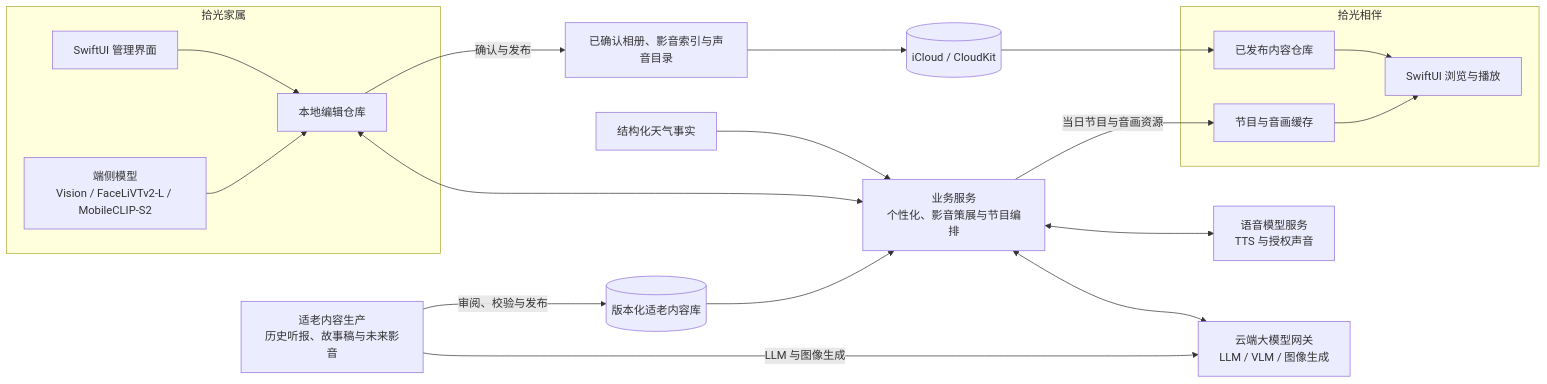
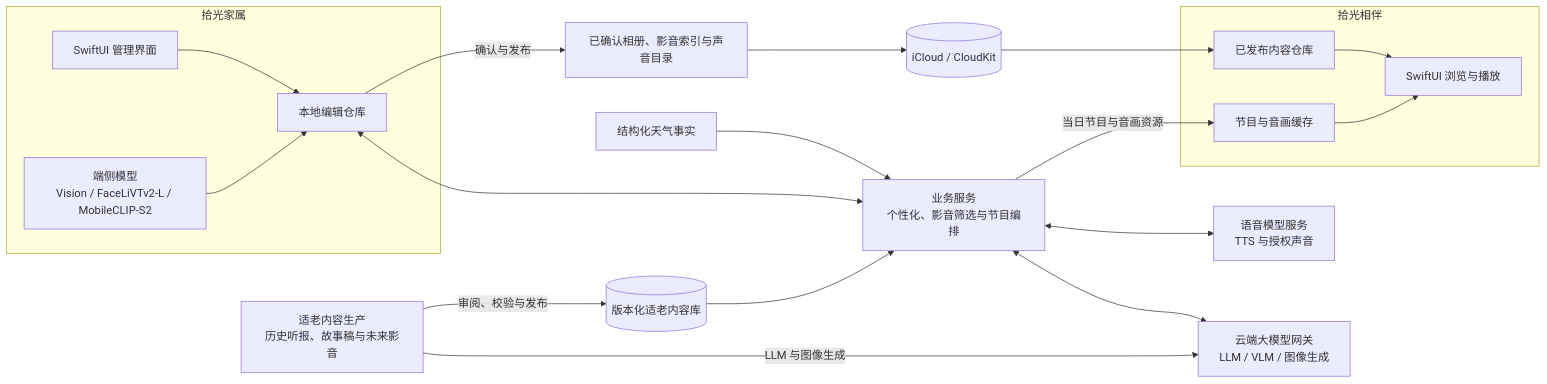
Before and after one commit to FlyLow24/ReLight: the second of 2 diagrams in README.md, drawn with Mermaid. The commit also changed other lines of this file and 1 other file, not shown here.

````diff
--- a/README.md
+++ b/README.md
@@ -146,39 +146,39 @@
 ```mermaid
 flowchart LR
     subgraph Organizer[拾光家属]
         OUI[SwiftUI 管理界面]
         Local[本地编辑仓库]
         DeviceAI[端侧模型<br/>Vision / FaceLiVTv2-L / MobileCLIP-S2]
         OUI --> Local
         DeviceAI --> Local
     end
 
-    Services[业务服务<br/>个性化、影音策展与节目编排]
+    Services[业务服务<br/>个性化、影音筛选与节目编排]
     ModelGateway[云端大模型网关<br/>LLM / VLM / 图像生成]
     SpeechModels[语音模型服务<br/>TTS 与授权声音]
     Published[已确认相册、影音索引与声音目录]
     Cloud[(iCloud / CloudKit)]
     Weather[结构化天气事实]
     ContentFactory[适老内容生产<br/>历史听报、故事稿与未来影音]
     ContentLibrary[(版本化适老内容库)]
 
     subgraph LovedOne[拾光相伴]
         Synced[已发布内容仓库]
         ProgramCache[节目与音画缓存]
         LUI[SwiftUI 浏览与播放]
         Synced --> LUI
         ProgramCache --> LUI
     end
 
     Local <--> Services
     Services <--> ModelGateway
     Services <--> SpeechModels
     Weather --> Services
     ContentFactory -->|LLM 与图像生成| ModelGateway
     ContentFactory -->|审阅、校验与发布| ContentLibrary
     ContentLibrary --> Services
     Local -->|确认与发布| Published
     Published --> Cloud
     Cloud --> Synced
     Services -->|当日节目与音画资源| ProgramCache
 ```
````
